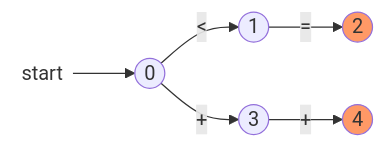
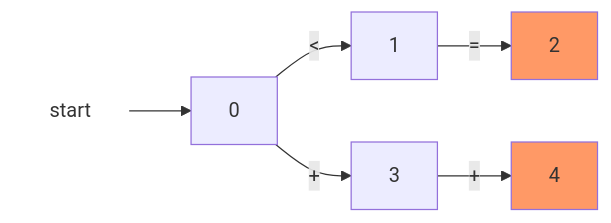
The eighth of 8 diagrams in md/mermaid.md (leaderli/obsidian), drawn with Mermaid before and after one commit. The commit also changed 4 other files, not shown here.

````diff
--- a/md/mermaid.md
+++ b/md/mermaid.md
@@ -166,10 +166,10 @@
 ```mermaid
 graph LR
-  start((start ))-->0((0))
-  0-- < -->1((1))
-  0-- + -->3((3))
-  1-- = -->2((2)):::terminal
-  3-- + -->4((4 "")):::terminal
+  start-->0
+  0-- < -->1
+  0-- + -->3
+  1-- = -->2:::terminal
+  3-- + -->4:::terminal
   style start fill:#fff ,stroke:#fff;
   classDef terminal fill:#f96;
 ```
````
